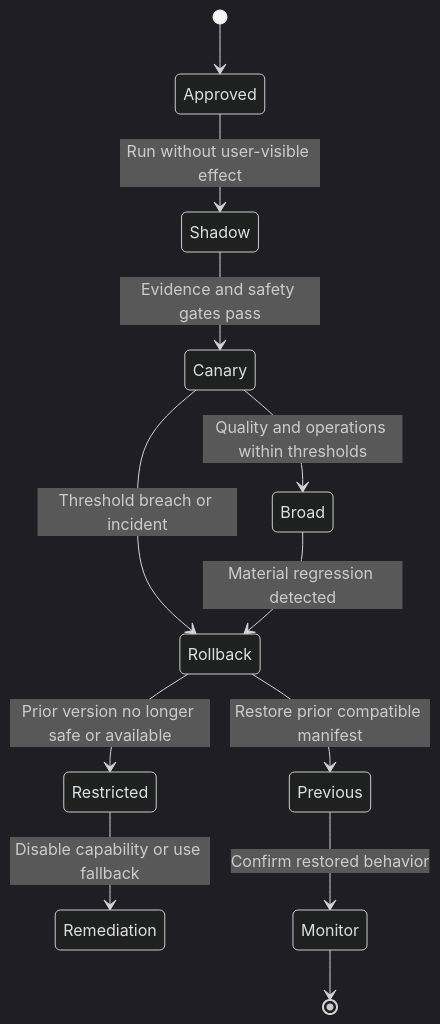
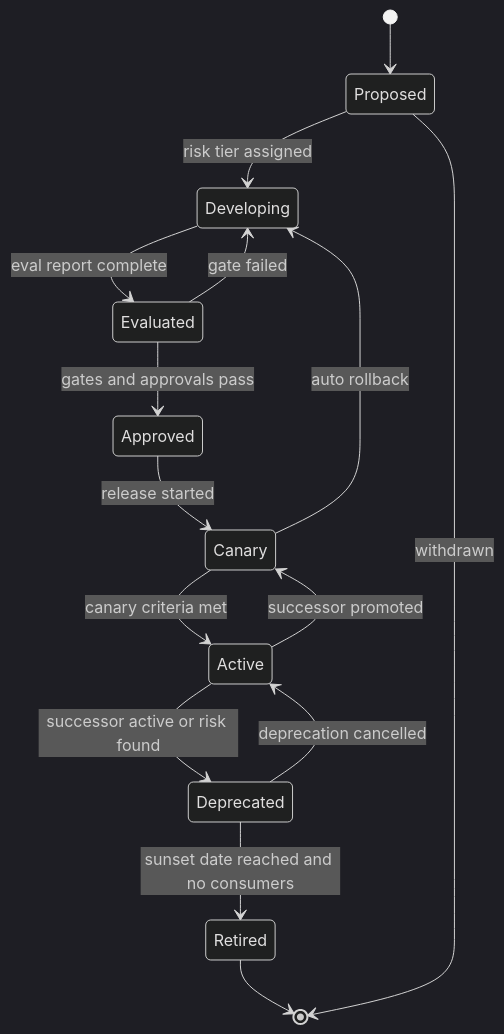
Before and after one commit to joydasss/Architect: the seventh of 22 diagrams in 17_AI_Architecture/CH10_AI_Platform_and_Model_Lifecycle_Architecture.md, drawn with Mermaid (dark theme). The commit also changed other lines of this file and 295 other files, not shown here.

````diff
--- a/17_AI_Architecture/CH10_AI_Platform_and_Model_Lifecycle_Architecture.md
+++ b/17_AI_Architecture/CH10_AI_Platform_and_Model_Lifecycle_Architecture.md
@@ -69,14 +720,17 @@
 ```mermaid
 stateDiagram-v2
-    [*] --> Approved
-    Approved --> Shadow: Run without user-visible effect
-    Shadow --> Canary: Evidence and safety gates pass
-    Canary --> Broad: Quality and operations within thresholds
-    Canary --> Rollback: Threshold breach or incident
-    Broad --> Rollback: Material regression detected
-    Rollback --> Previous: Restore prior compatible manifest
-    Rollback --> Restricted: Prior version no longer safe or available
-    Restricted --> Remediation: Disable capability or use fallback
-    Previous --> Monitor: Confirm restored behavior
-    Monitor --> [*]
+    [*] --> Proposed
+    Proposed --> Developing: risk tier assigned
+    Developing --> Evaluated: eval report complete
+    Evaluated --> Developing: gate failed
+    Evaluated --> Approved: gates and approvals pass
+    Approved --> Canary: release started
+    Canary --> Active: canary criteria met
+    Canary --> Developing: auto rollback
+    Active --> Deprecated: successor active or risk found
+    Active --> Canary: successor promoted
+    Deprecated --> Retired: sunset date reached and no consumers
+    Deprecated --> Active: deprecation cancelled
+    Retired --> [*]
+    Proposed --> [*]: withdrawn
 ```
````
